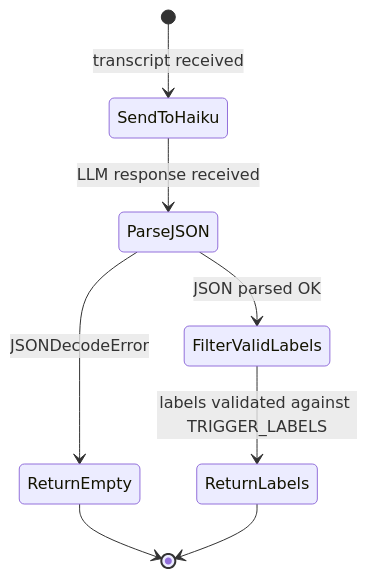
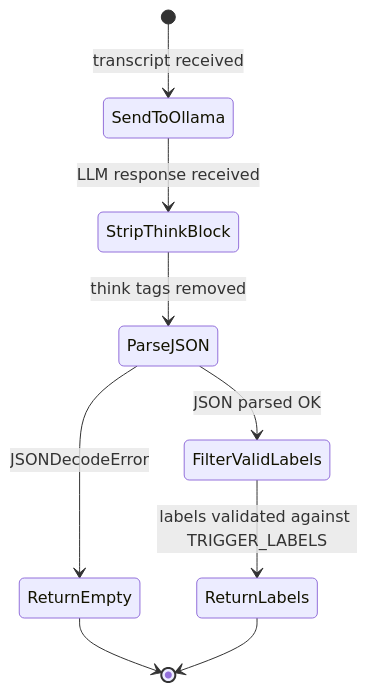
Before and after one commit to KTS-o7/Compliance-agent: the second of 4 diagrams in README.md, drawn with Mermaid. The commit also changed other lines of this file, not shown here.

First line of the commit message:
docs: update architecture diagrams and models section to reflect Ollama Phase 3

````diff
--- a/README.md
+++ b/README.md
@@ -78,10 +79,11 @@
 ```mermaid
 stateDiagram-v2
-    [*] --> SendToHaiku: transcript received
-    SendToHaiku --> ParseJSON: LLM response received
+    [*] --> SendToOllama: transcript received
+    SendToOllama --> StripThinkBlock: LLM response received
+    StripThinkBlock --> ParseJSON: think tags removed
     ParseJSON --> FilterValidLabels: JSON parsed OK
     ParseJSON --> ReturnEmpty: JSONDecodeError
     FilterValidLabels --> ReturnLabels: labels validated against TRIGGER_LABELS
     ReturnEmpty --> [*]
     ReturnLabels --> [*]
 ```
````
